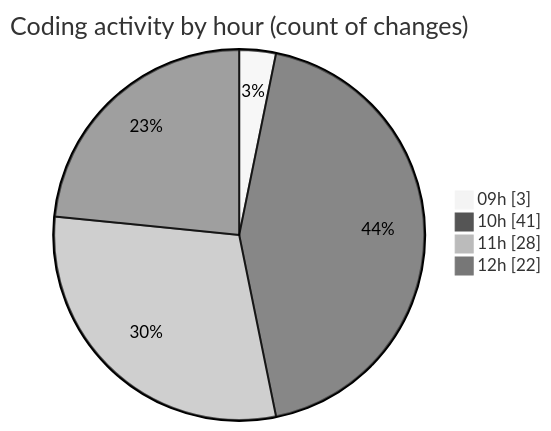
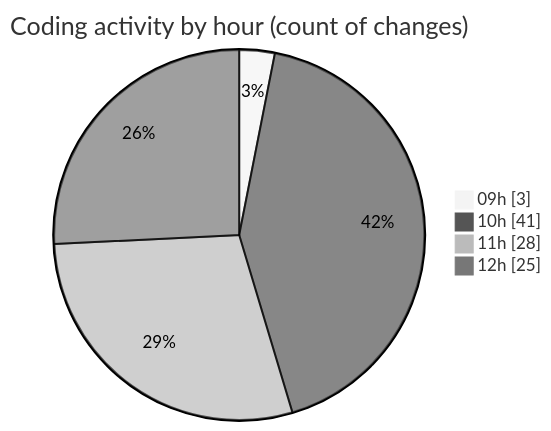
One commit to CELIANVF/code-tracking changed the second of 2 diagrams in 2025-05-19/ecodeli-1/README.md. Above: the diagram before and after it, drawn with Mermaid (neutral theme). The commit also changed other lines of this file and 1 other file, not shown here.

````diff
--- a/2025-05-19/ecodeli-1/README.md
+++ b/2025-05-19/ecodeli-1/README.md
@@ -59,8 +60,8 @@
 ```mermaid
 pie showData
 title Coding activity by hour (count of changes)
 "09h" : 3
 "10h" : 41
 "11h" : 28
-"12h" : 22
+"12h" : 25
 ```
````
